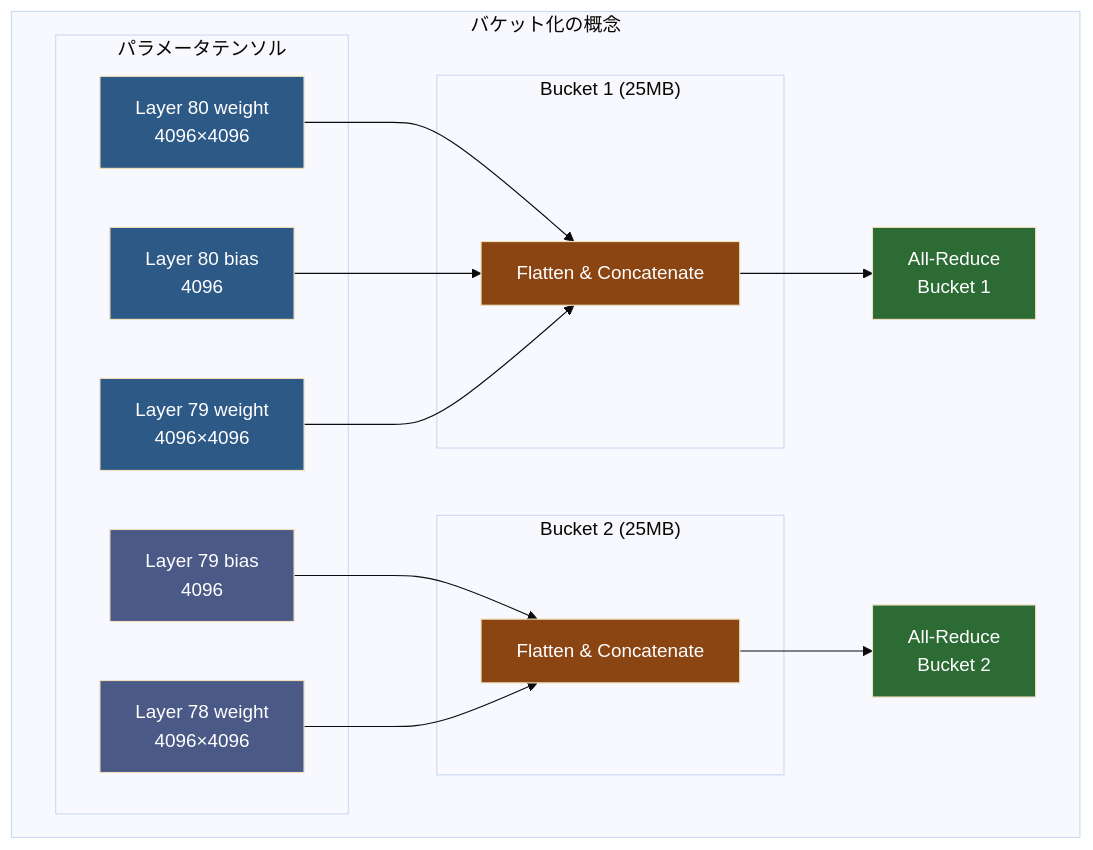
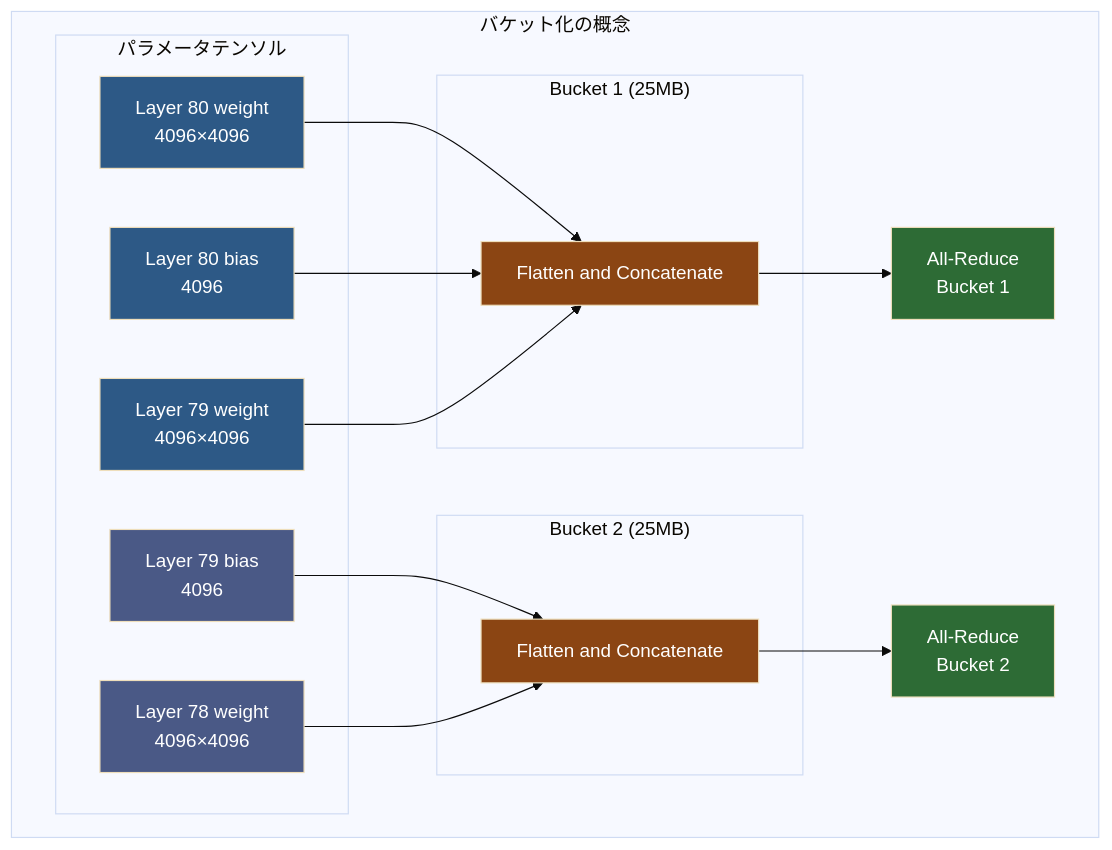
The third of 6 diagrams in books/ml-distributed-experiment-collection/amazon-sagemaker-hyperpod-slurm-ddp-on-cpu.md (littlemex/zenn), drawn with Mermaid (base theme) before and after one commit. The commit also changed other lines of this file, not shown here.

````diff
--- a/books/ml-distributed-experiment-collection/amazon-sagemaker-hyperpod-slurm-ddp-on-cpu.md
+++ b/books/ml-distributed-experiment-collection/amazon-sagemaker-hyperpod-slurm-ddp-on-cpu.md
@@ -221,36 +173,36 @@
 ```mermaid
 graph TB
     subgraph "バケット化の概念"
         subgraph "パラメータテンソル"
             P1[Layer 80 weight<br/>4096×4096]
             P2[Layer 80 bias<br/>4096]
             P3[Layer 79 weight<br/>4096×4096]
             P4[Layer 79 bias<br/>4096]
             P5[Layer 78 weight<br/>4096×4096]
         end
         
         subgraph "Bucket 1 (25MB)"
-            P1 --> B1[Flatten & Concatenate]
+            P1 --> B1[Flatten and Concatenate]
             P2 --> B1
             P3 --> B1
         end
         
         subgraph "Bucket 2 (25MB)"
-            P4 --> B2[Flatten & Concatenate]
+            P4 --> B2[Flatten and Concatenate]
             P5 --> B2
         end
         
         B1 --> AR1[All-Reduce<br/>Bucket 1]
         B2 --> AR2[All-Reduce<br/>Bucket 2]
     end
     
     style P1 fill:#2d5986,color:#fff
     style P2 fill:#2d5986,color:#fff
     style P3 fill:#2d5986,color:#fff
     style P4 fill:#4a5986,color:#fff
     style P5 fill:#4a5986,color:#fff
     style B1 fill:#8b4513,color:#fff
     style B2 fill:#8b4513,color:#fff
     style AR1 fill:#2d6b35,color:#fff
     style AR2 fill:#2d6b35,color:#fff
 ```
````
